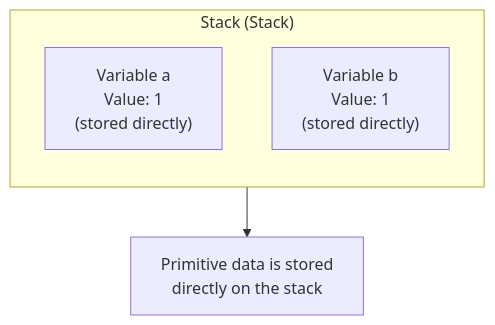
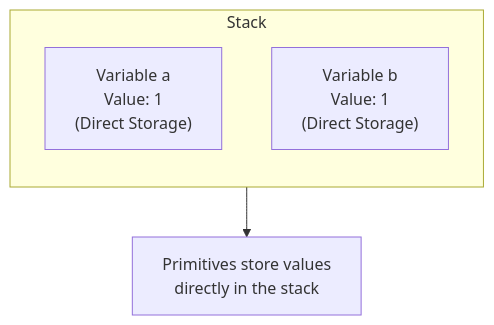
One commit to codefug/codefug.github.io changed the first of 5 diagrams in markdown/2026-01-18/en/content.mdx. Above: the diagram before and after it, drawn with Mermaid. The commit also changed other lines of this file, not shown here.

````diff
--- a/markdown/2026-01-18/en/content.mdx
+++ b/markdown/2026-01-18/en/content.mdx
@@ -34,12 +34,12 @@
 ```mermaid
 flowchart TB
-    subgraph Stack["Stack (Stack)"]
+    subgraph Stack["Stack"]
         direction TB
-        A["Variable a<br/>Value: 1<br/>(stored directly)"]
-        B["Variable b<br/>Value: 1<br/>(stored directly)"]
+        A["Variable a<br/>Value: 1<br/>(Direct Storage)"]
+        B["Variable b<br/>Value: 1<br/>(Direct Storage)"]
     end
 
-    Note1["Primitive data is stored<br/>directly on the stack"]
+    Note1["Primitives store values<br/>directly in the stack"]
 
     Stack --> Note1
 ```
````
